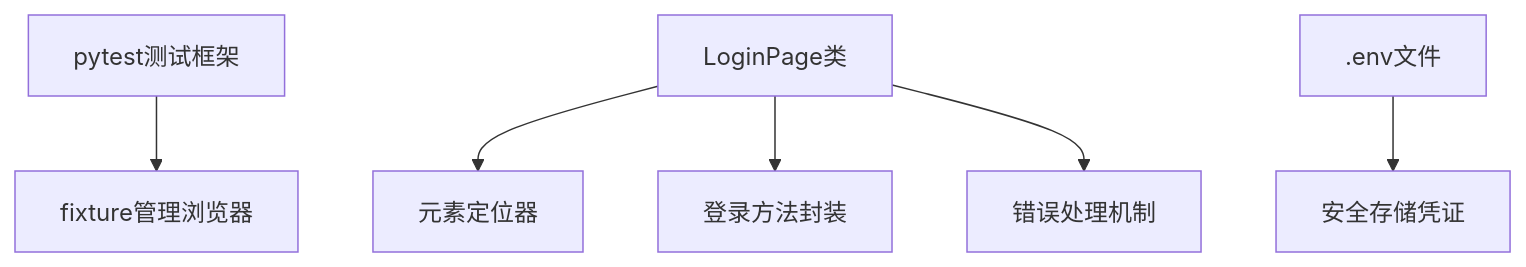
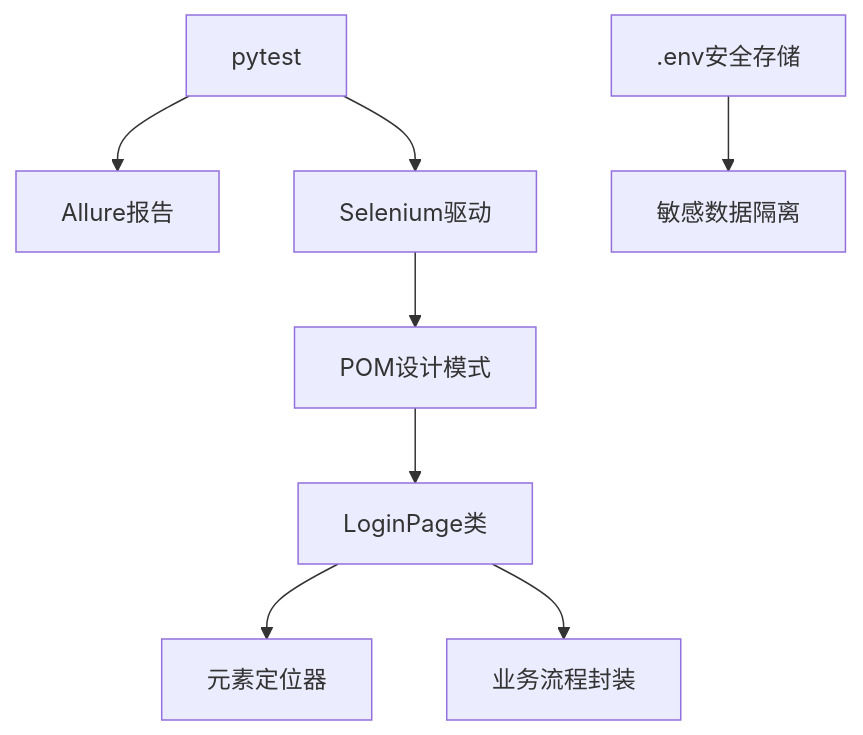
One commit to Athe-Y/my-automation-tests changed the first of 2 diagrams in README.md. Above: the diagram before and after it, drawn with Mermaid. The commit also changed other lines of this file, not shown here.

````diff
--- a/README.md
+++ b/README.md
@@ -27,8 +41,10 @@
-   ```mermaid
+ ```mermaid
    graph TD
-   A[pytest测试框架] --> B[fixture管理浏览器]
-   C[LoginPage类] --> D[元素定位器]
-   C --> E[登录方法封装]
-   C --> F[错误处理机制]
-   G[.env文件] --> H[安全存储凭证]
+   A[pytest] --> B[Allure报告]
+   A --> C[Selenium驱动]
+   C --> D[POM设计模式]
+   D --> E[LoginPage类]
+   E --> F[元素定位器]
+   E --> G[业务流程封装]
+   H[.env安全存储] --> I[敏感数据隔离]
    ```
````
